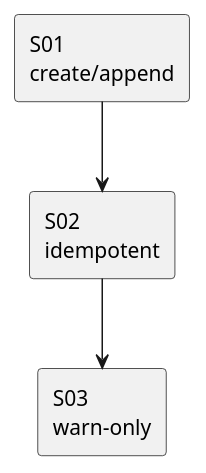
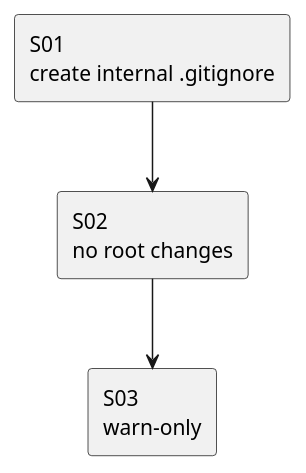
Before and after one commit to chemitaro/codex-agent-logger: the diagram in spec-dock/initiatives/init-00001-codex-notify-json-logger/epics/epic-00003-local-logging-and-summary/issues/iss-00011-gitignore-codex-log-output/plan.md, drawn with PlantUML. The commit also changed other lines of this file and 7 other files, not shown here.

````diff
--- a/spec-dock/initiatives/init-00001-codex-notify-json-logger/epics/epic-00003-local-logging-and-summary/issues/iss-00011-gitignore-codex-log-output/plan.md
+++ b/spec-dock/initiatives/init-00001-codex-notify-json-logger/epics/epic-00003-local-logging-and-summary/issues/iss-00011-gitignore-codex-log-output/plan.md
@@ -26,12 +26,12 @@
 ```plantuml
 @startuml
 skinparam monochrome true
 
-rectangle "S01\ncreate/append" as S1
-rectangle "S02\nidempotent" as S2
+rectangle "S01\ncreate internal .gitignore" as S1
+rectangle "S02\nno root changes" as S2
 rectangle "S03\nwarn-only" as S3
 
 S1 --> S2
 S2 --> S3
 @enduml
 ```
````
